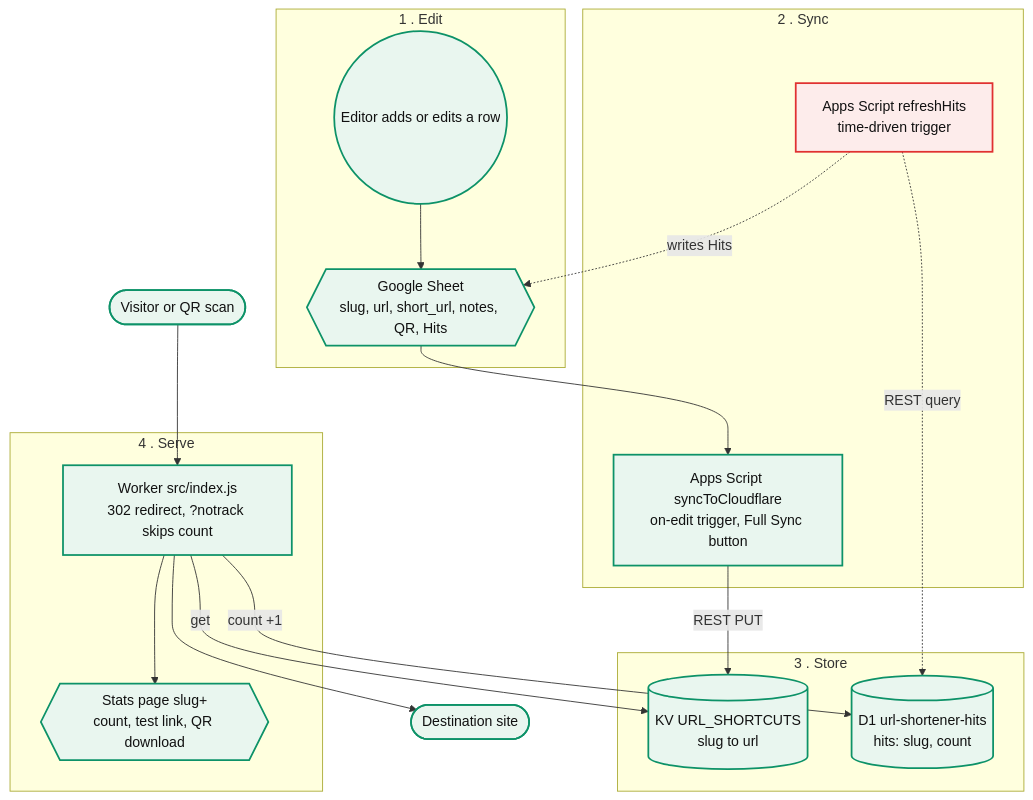
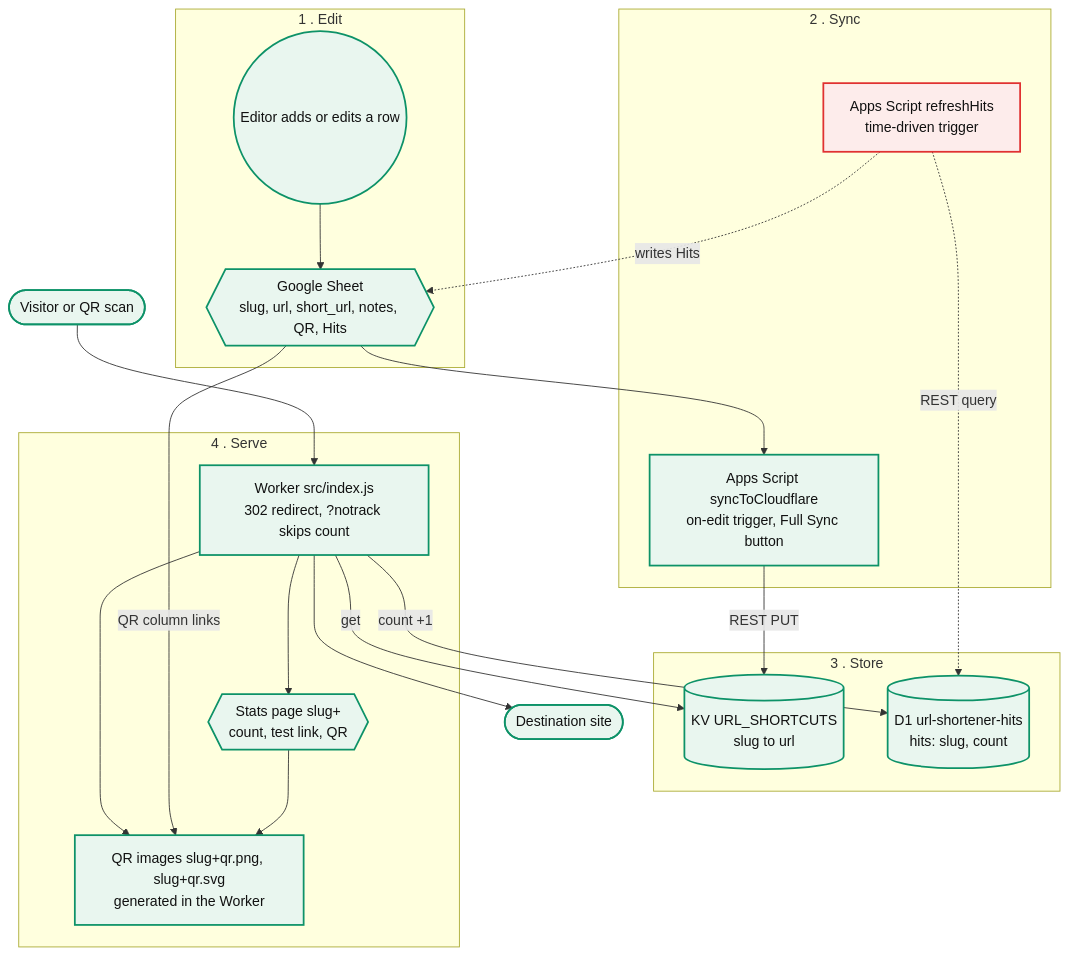
Before and after one commit to jackbremer/url-shortener: the diagram in docs/architecture.md, drawn with Mermaid. The commit also changed other lines of this file and 3 other files, not shown here.

Commit message:
Serve QR images from the Worker at slug+qr.png and slug+qr.svg, no margin

````diff
--- a/docs/architecture.md
+++ b/docs/architecture.md
@@ -3,37 +3,41 @@
 ```mermaid
 flowchart TD
   subgraph s1["1 . Edit"]
     editor(("Editor adds or edits a row"))
     sheet{{"Google Sheet<br>slug, url, short_url, notes, QR, Hits"}}
   end
   subgraph s2["2 . Sync"]
     sync["Apps Script syncToCloudflare<br>on-edit trigger, Full Sync button"]
     refresh["Apps Script refreshHits<br>time-driven trigger"]
   end
   subgraph s3["3 . Store"]
     kv[(KV URL_SHORTCUTS<br>slug to url)]
     d1[(D1 url-shortener-hits<br>hits: slug, count)]
   end
   subgraph s4["4 . Serve"]
     worker["Worker src/index.js<br>302 redirect, ?notrack skips count"]
-    stats{{"Stats page slug+<br>count, test link, QR download"}}
+    stats{{"Stats page slug+<br>count, test link, QR"}}
+    qr["QR images slug+qr.png, slug+qr.svg<br>generated in the Worker"]
   end
   visitor(["Visitor or QR scan"])
   dest(["Destination site"])
 
   editor --> sheet
   sheet --> sync
   sync -->|REST PUT| kv
   visitor --> worker
   worker -->|get| kv
   worker -->|count +1| d1
   worker --> dest
   worker --> stats
+  worker --> qr
+  sheet -->|QR column links| qr
+  stats --> qr
   refresh -.->|REST query| d1
   refresh -.->|writes Hits| sheet
 
   classDef built fill:#e9f6ef,stroke:#0d9268,stroke-width:2px,color:#111
   classDef todo fill:#fdeceb,stroke:#e03131,stroke-width:2px,color:#111
-  class editor,sheet,sync,kv,d1,worker,stats,visitor,dest built
+  class editor,sheet,sync,kv,d1,worker,stats,qr,visitor,dest built
   class refresh todo
 ```
````
